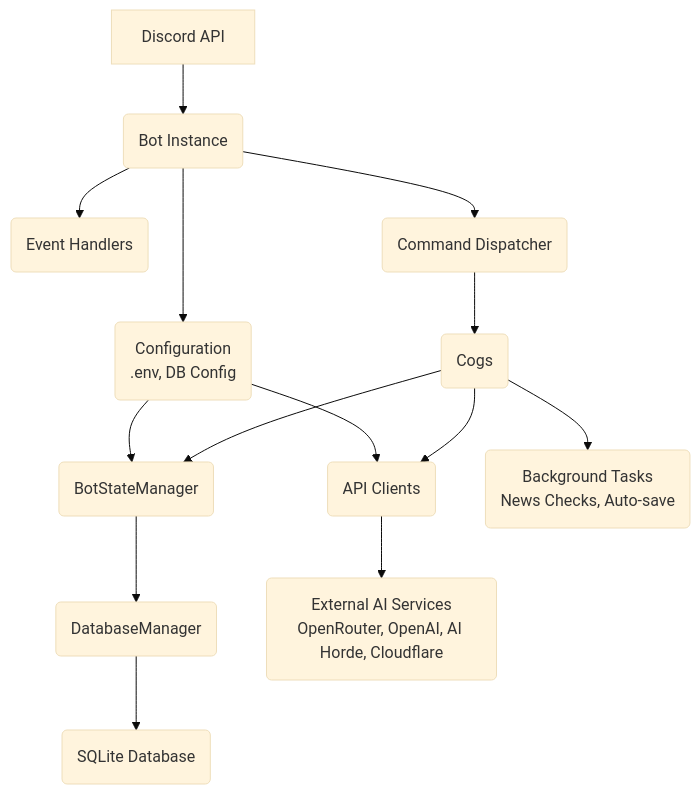
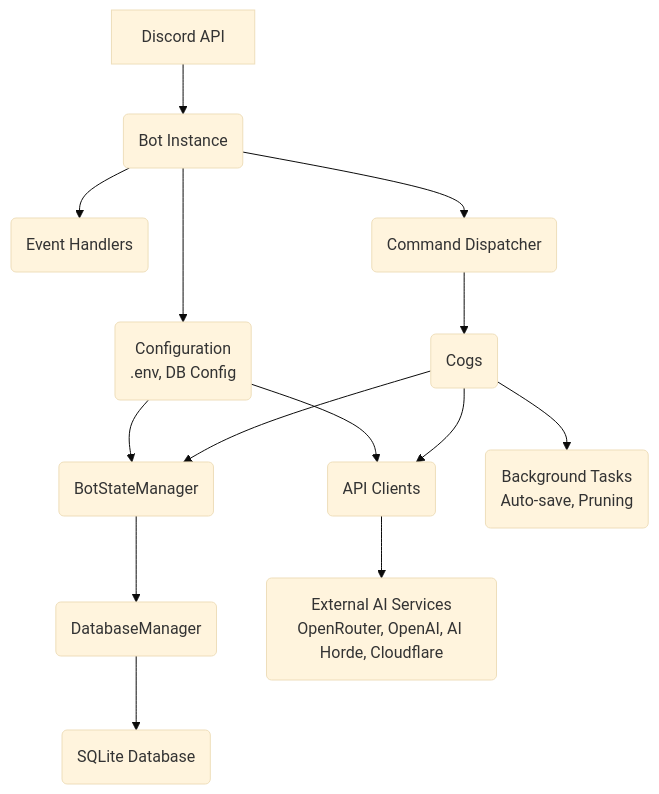
One commit to Emperor-Ovaltine/gideon changed the diagram in documentation.md. Above: the diagram before and after it, drawn with Mermaid (base theme). The commit also changed other lines of this file and 2 other files, not shown here.

````diff
--- a/documentation.md
+++ b/documentation.md
@@ -352,16 +349,16 @@
 ```mermaid
 graph TD
     A[Discord API] --> B(Bot Instance);
     B --> C(Event Handlers);
     B --> D(Command Dispatcher);
     D --> E(Cogs);
     E --> F(BotStateManager);
     F --> G(DatabaseManager);
     E --> H(API Clients);
     H --> I(External AI Services<br/>OpenRouter, OpenAI, AI Horde, Cloudflare);
-    E --> J(Background Tasks<br/>News Checks, Auto-save);
+    E --> J(Background Tasks<br/>Auto-save, Pruning);
     G --> K(SQLite Database);
     B --> L(Configuration<br/>.env, DB Config);
     L --> F;
     L --> H;
 ```
````
